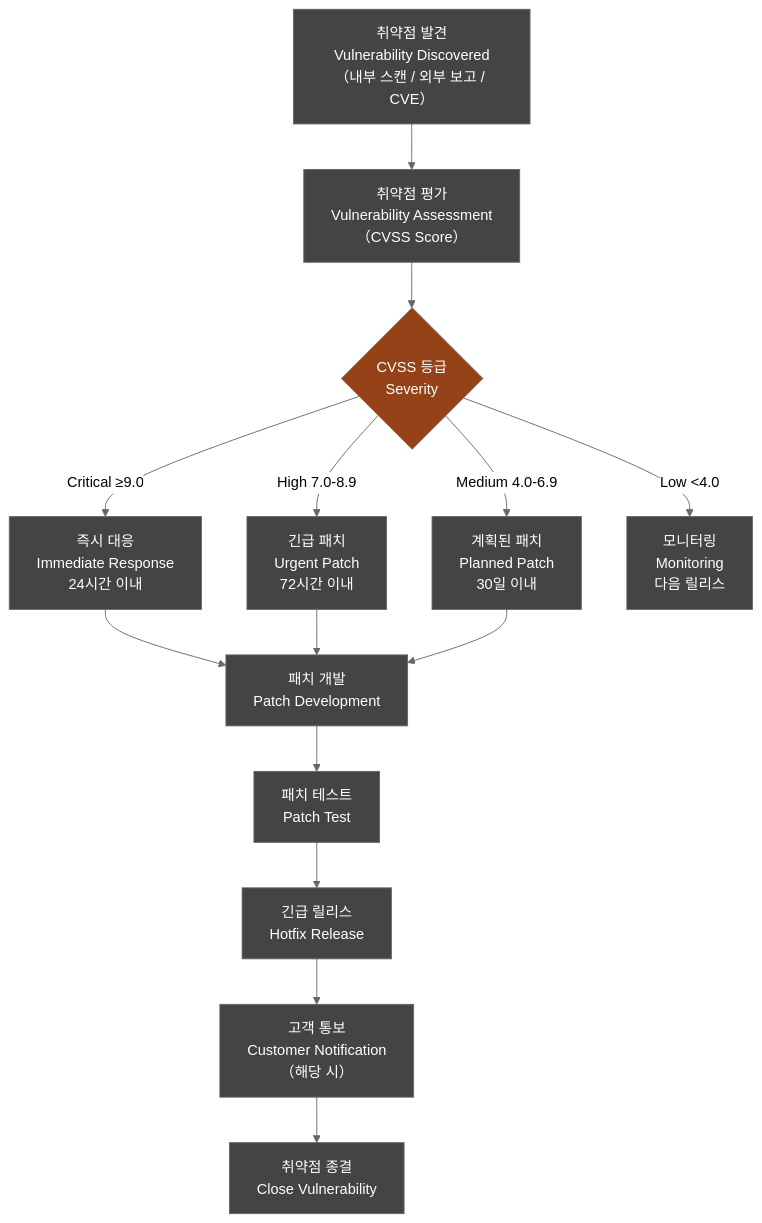
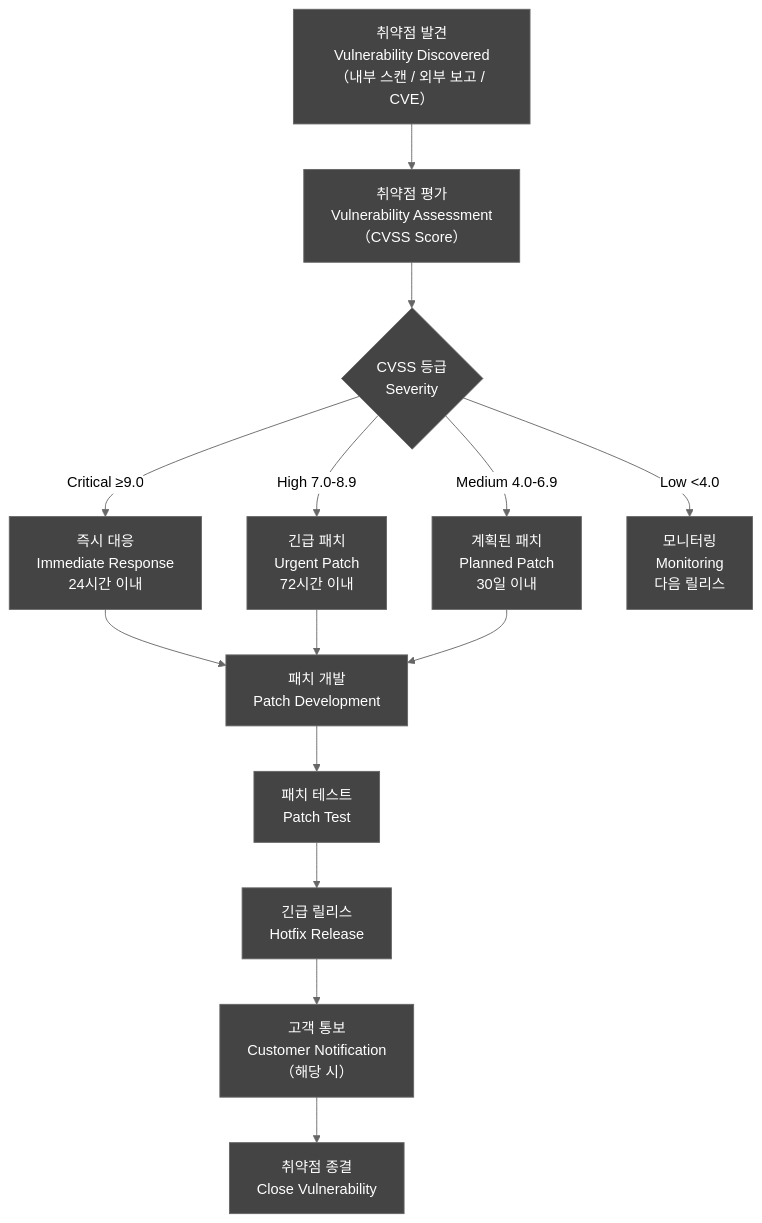
Before and after one commit to holee9/console-gui: diagram 12 of 15 in docs/management/DOC-003a_SW_Development_Procedure_v1.0.md, drawn with Mermaid (neutral theme). The commit also changed other lines of this file and 35 other files, not shown here.

First line of the commit message:
fix: 전체 Mermaid 차트 색상 진한 회색 통일

````diff
--- a/docs/management/DOC-003a_SW_Development_Procedure_v1.0.md
+++ b/docs/management/DOC-003a_SW_Development_Procedure_v1.0.md
@@ -1144,20 +1144,20 @@
 ```mermaid
 flowchart TD
     classDef default fill:#444,stroke:#666,color:#fff
     A["취약점 발견\nVulnerability Discovered\n（내부 스캔 / 외부 보고 / CVE）"] --> B["취약점 평가\nVulnerability Assessment\n（CVSS Score）"]
     B --> C{CVSS 등급\nSeverity}
     C -->|"Critical ≥9.0"| D["즉시 대응\nImmediate Response\n24시간 이내"]
     C -->|"High 7.0-8.9"| E["긴급 패치\nUrgent Patch\n72시간 이내"]
     C -->|"Medium 4.0-6.9"| F["계획된 패치\nPlanned Patch\n30일 이내"]
     C -->|"Low <4.0"| G["모니터링\nMonitoring\n다음 릴리스"]
     
     D --> H["패치 개발\nPatch Development"]
     E --> H
     F --> H
     H --> I["패치 테스트\nPatch Test"]
     I --> J["긴급 릴리스\nHotfix Release"]
     J --> K["고객 통보\nCustomer Notification\n（해당 시）"]
     K --> L["취약점 종결\nClose Vulnerability"]
 
-    style C fill:#964219,color:#fff
+    style C fill:#444,color:#fff
 ```
````
